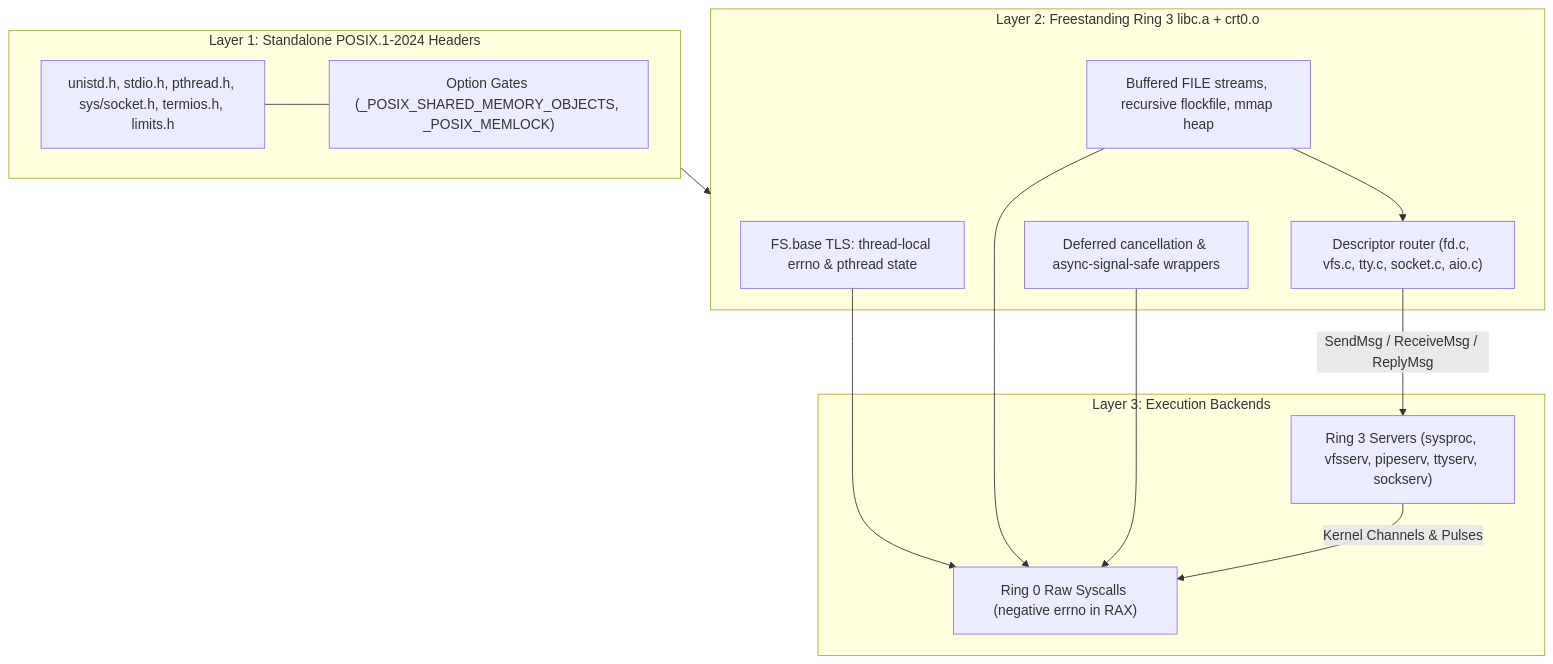
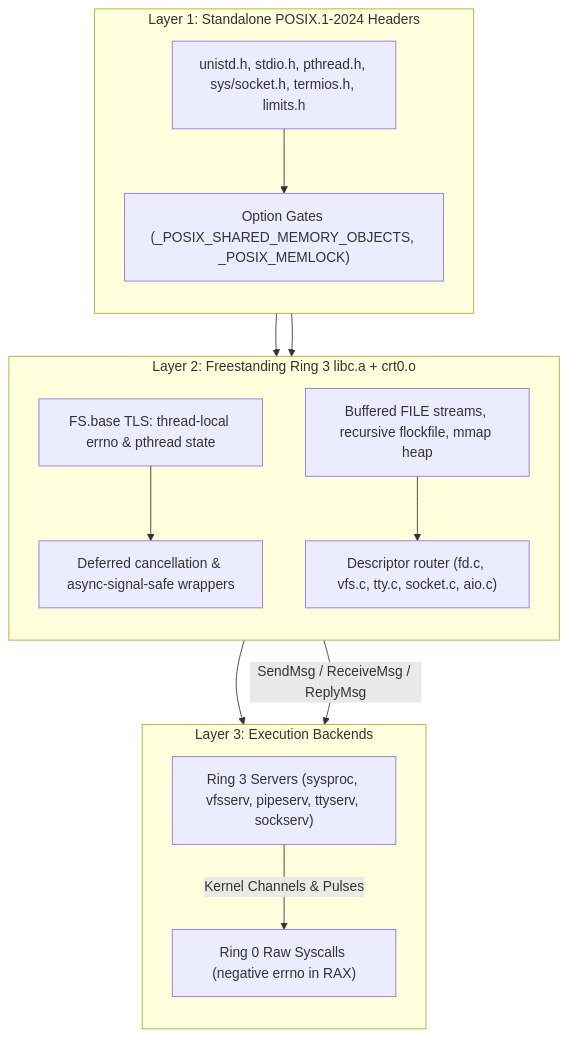
The diagram in docs/30-architecture/libc.md (Deniz-Eren/microkernel), drawn with Mermaid before and after one commit. The commit also changed 5 other files, not shown here.

First line of the commit message:
docs(architecture): orient all Mermaid flowcharts vertically for readability

````diff
--- a/docs/30-architecture/libc.md
+++ b/docs/30-architecture/libc.md
@@ -22,28 +22,31 @@
 ```mermaid
 flowchart TD
     subgraph L1["Layer 1: Standalone POSIX.1-2024 Headers"]
+        direction TB
         HDR["unistd.h, stdio.h, pthread.h, sys/socket.h, termios.h, limits.h"]
         OPT["Option Gates (_POSIX_SHARED_MEMORY_OBJECTS, _POSIX_MEMLOCK)"]
-        HDR --- OPT
+        HDR --> OPT
     end
 
     subgraph L2["Layer 2: Freestanding Ring 3 libc.a + crt0.o"]
+        direction TB
         TLS["FS.base TLS: thread-local errno & pthread state"]
         STDIO["Buffered FILE streams, recursive flockfile, mmap heap"]
         CANCEL["Deferred cancellation & async-signal-safe wrappers"]
         ROUTER["Descriptor router (fd.c, vfs.c, tty.c, socket.c, aio.c)"]
+        TLS --> CANCEL
+        STDIO --> ROUTER
     end
 
     subgraph L3["Layer 3: Execution Backends"]
+        direction TB
         RAW["Ring 0 Raw Syscalls (negative errno in RAX)"]
         SRVS["Ring 3 Servers (sysproc, vfsserv, pipeserv, ttyserv, sockserv)"]
     end
 
-    L1 --> L2
-    TLS --> RAW
-    STDIO --> RAW
-    STDIO --> ROUTER
+    OPT --> TLS
+    OPT --> STDIO
     CANCEL --> RAW
     ROUTER -->|"SendMsg / ReceiveMsg / ReplyMsg"| SRVS
     SRVS -->|"Kernel Channels & Pulses"| RAW
 ```
````
